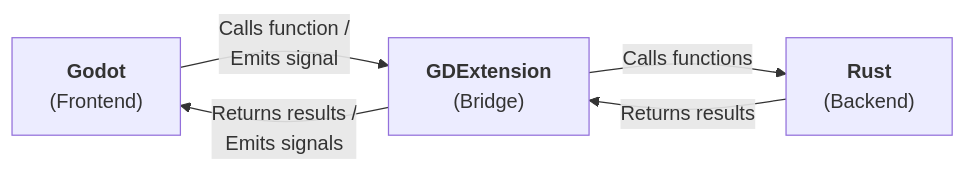
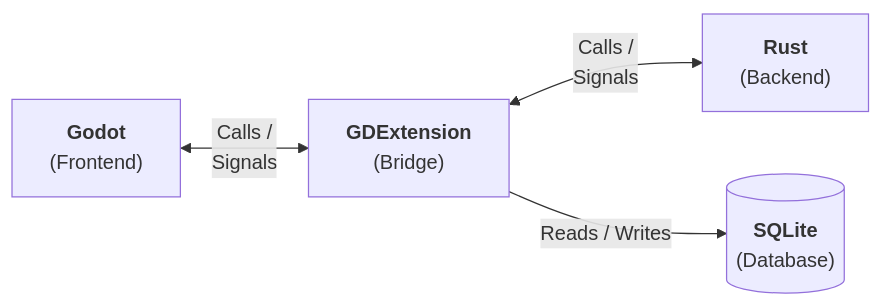
One commit to ShenMian/sokoban changed the first of 3 diagrams in docs/architecture.md. Above: the diagram before and after it, drawn with Mermaid. The commit also changed other lines of this file, not shown here.

Commit message:
docs(architecture): sync the document with the current codebase

````diff
--- a/docs/architecture.md
+++ b/docs/architecture.md
@@ -7,11 +7,11 @@
 ```mermaid
 flowchart LR
     FRONT["`**Godot**<br>(Frontend)`"]
     BRIDGE["`**GDExtension**<br>(Bridge)`"]
     BACK["`**Rust**<br>(Backend)`"]
+    DB[("`**SQLite**<br>(Database)`")]
 
-    FRONT -->|Calls function /<br>Emits signal| BRIDGE
-    BRIDGE -->|Calls functions| BACK
-    BACK -->|Returns results| BRIDGE
-    BRIDGE -->|Returns results /<br>Emits signals| FRONT
+    FRONT <-->|Calls /<br>Signals| BRIDGE
+    BRIDGE <-->|Calls /<br>Signals| BACK
+    BRIDGE -->|Reads / Writes| DB
 ```
````
